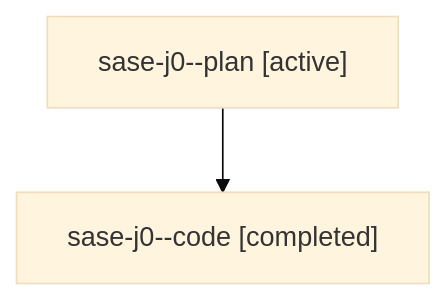
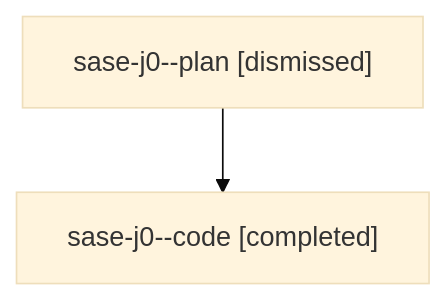
Before and after one commit to sase-org/sase--agents: the diagram in sessions/bbugyi200.athena.sase-j0.md, drawn with Mermaid (base theme). The commit also changed other lines of this file and 72 other files, not shown here.

````diff
--- a/sessions/bbugyi200.athena.sase-j0.md
+++ b/sessions/bbugyi200.athena.sase-j0.md
@@ -9,6 +9,6 @@
 ```mermaid
 flowchart TD
-  n0["sase-j0--plan [active]"]
+  n0["sase-j0--plan [dismissed]"]
   n1["sase-j0--code [completed]"]
   n0 --> n1
 ```
````
